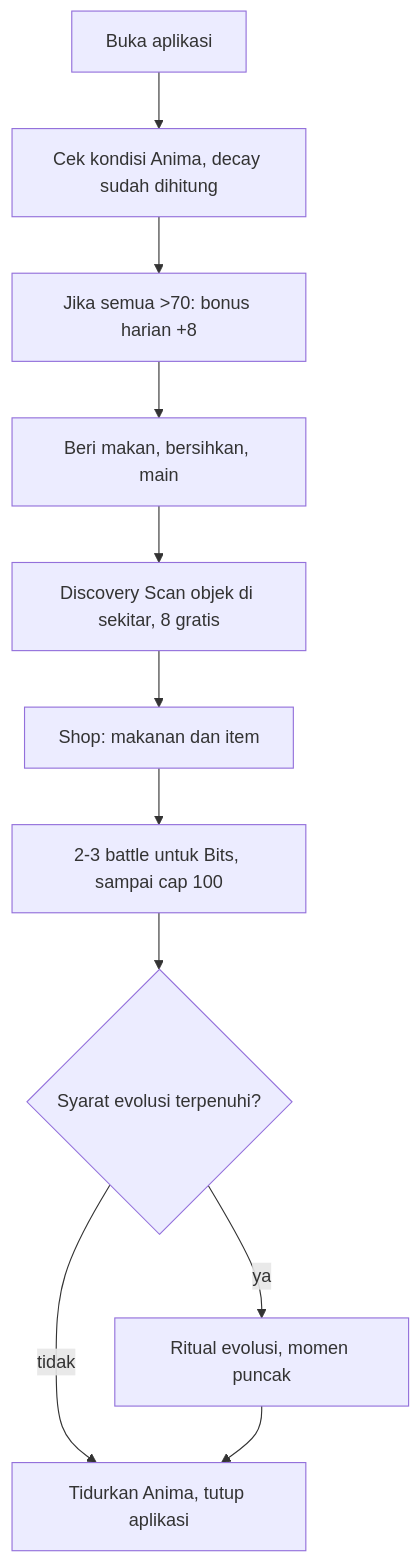
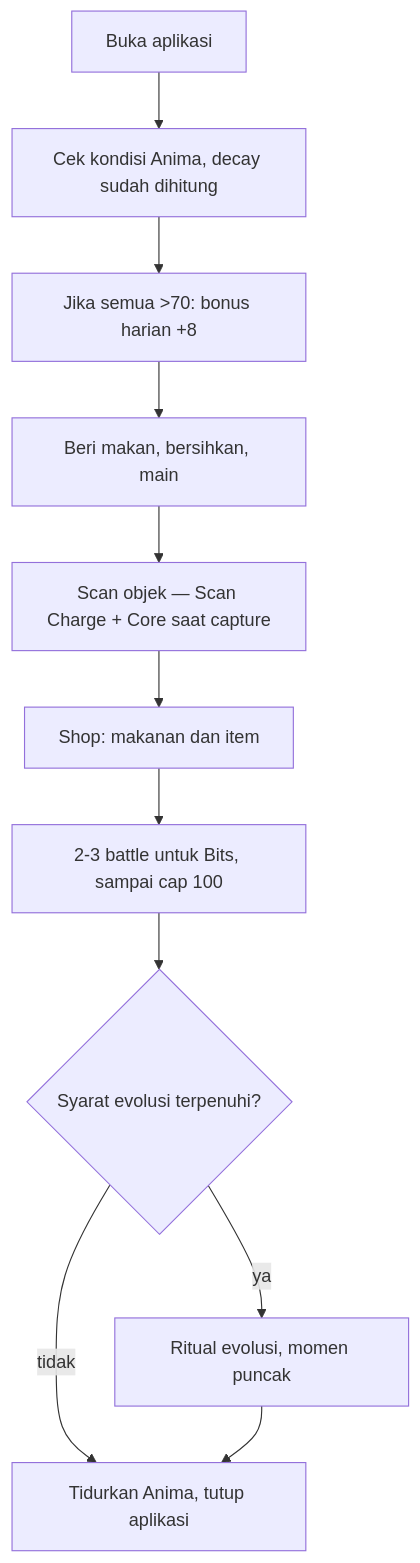
One commit to ryansetia1/Scanima changed the fourth of 4 diagrams in docs/04-game-systems-economy.md. Above: the diagram before and after it, drawn with Mermaid. The commit also changed other lines of this file and 108 other files, not shown here.

````diff
--- a/docs/04-game-systems-economy.md
+++ b/docs/04-game-systems-economy.md
@@ -440,13 +508,13 @@
 ```mermaid
 graph TD
     Buka["Buka aplikasi"] --> Cek["Cek kondisi Anima, decay sudah dihitung"]
     Cek --> Bonus["Jika semua >70: bonus harian +8"]
     Bonus --> Rawat["Beri makan, bersihkan, main"]
-    Rawat --> Scan["Discovery Scan objek di sekitar, 8 gratis"]
+    Rawat --> Scan["Scan objek — Scan Charge + Core saat capture"]
     Scan --> Shop["Shop: makanan dan item"]
     Shop --> Battle["2-3 battle untuk Bits, sampai cap 100"]
     Battle --> Evo{"Syarat evolusi terpenuhi?"}
     Evo -->|ya| Ritual["Ritual evolusi, momen puncak"]
     Evo -->|tidak| Tidur["Tidurkan Anima, tutup aplikasi"]
     Ritual --> Tidur
 ```
````
